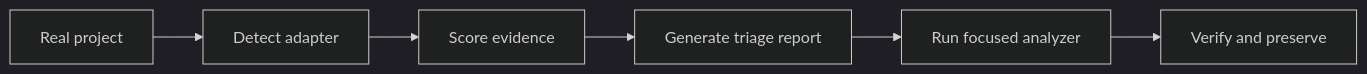
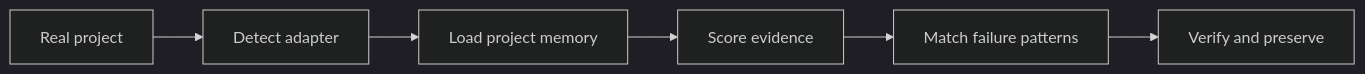
Before and after one commit to shark0304/personal-embeded-debug-skill: the diagram in docs/project_adapters.md, drawn with Mermaid (dark theme). The commit also changed other lines of this file and 14 other files, not shown here.

Commit message:
Add embedded failure workflow memory

````diff
--- a/docs/project_adapters.md
+++ b/docs/project_adapters.md
@@ -85,8 +103,8 @@
 ```mermaid
 flowchart LR
     A["Real project"] --> B["Detect adapter"]
-    B --> C["Score evidence"]
-    C --> D["Generate triage report"]
-    D --> E["Run focused analyzer"]
+    B --> C["Load project memory"]
+    C --> D["Score evidence"]
+    D --> E["Match failure patterns"]
     E --> F["Verify and preserve"]
 ```
````
